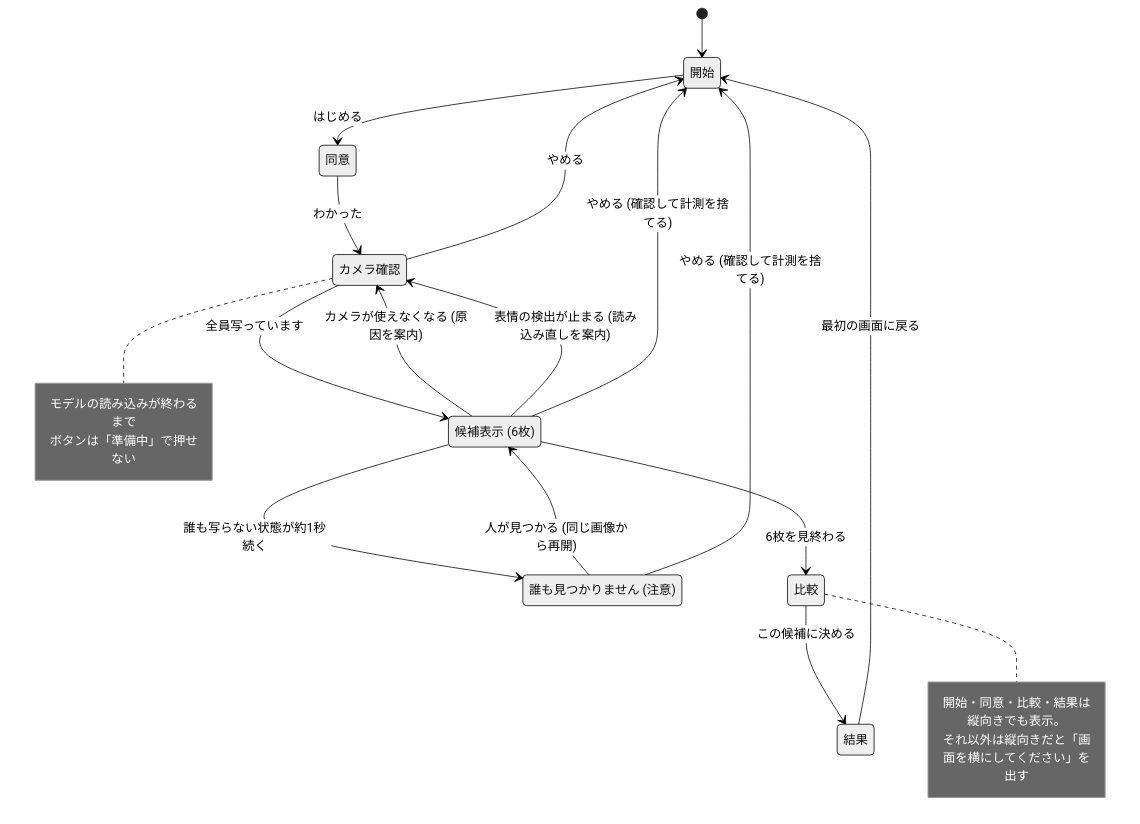
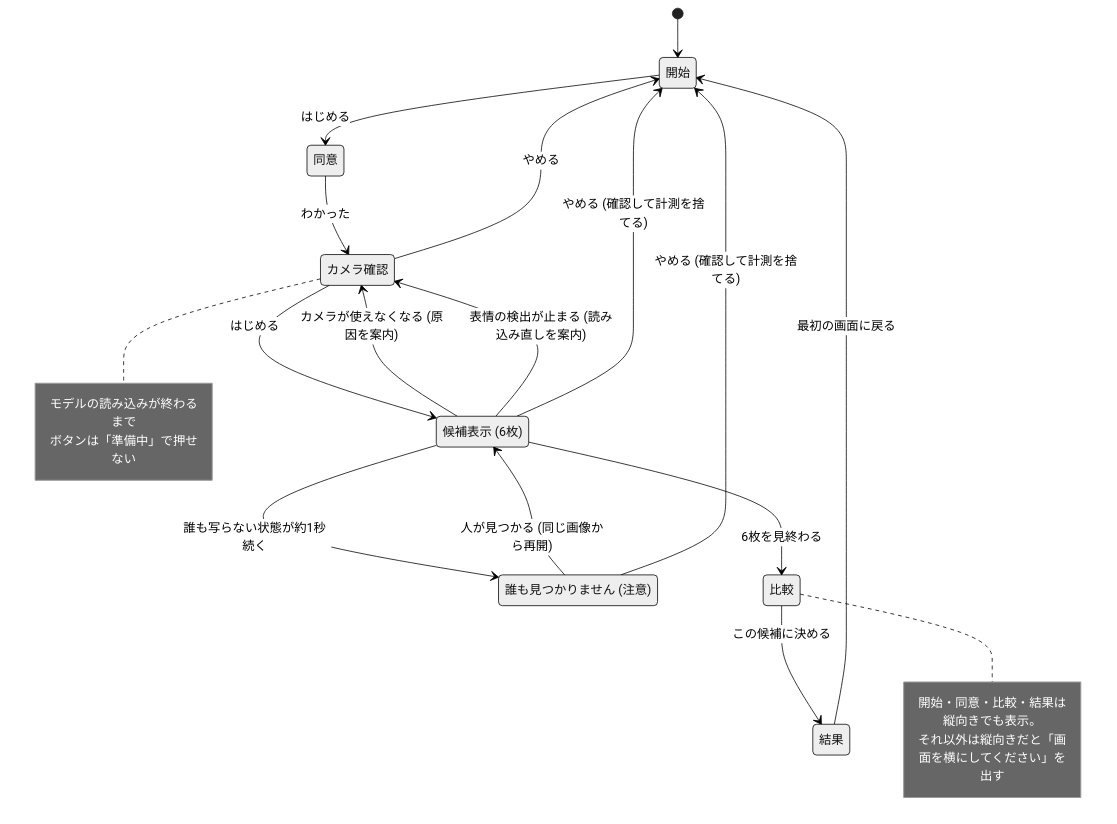
The second of 3 diagrams in README.md (l4na-git/NexTrip), drawn with Mermaid (neutral theme) before and after one commit. The commit also changed 1 other file, not shown here.

Commit message:
fix(copy): 確認画面の主ボタンを、押すと始まることが伝わる「はじめる」にする

````diff
--- a/README.md
+++ b/README.md
@@ -51,34 +51,34 @@
 ```mermaid
 stateDiagram-v2
   state "開始" as Start
   state "同意" as Consent
   state "カメラ確認" as Check
   state "候補表示 (6枚)" as Candidate
   state "誰も見つかりません (注意)" as NoFace
   state "比較" as Compare
   state "結果" as Result
 
   [*] --> Start
   Start --> Consent: はじめる
   Consent --> Check: わかった
-  Check --> Candidate: 全員写っています
+  Check --> Candidate: はじめる
   Candidate --> Compare: 6枚を見終わる
   Candidate --> NoFace: 誰も写らない状態が約1秒続く
   NoFace --> Candidate: 人が見つかる (同じ画像から再開)
   Candidate --> Check: カメラが使えなくなる (原因を案内)
   Candidate --> Check: 表情の検出が止まる (読み込み直しを案内)
   Compare --> Result: この候補に決める
   Result --> Start: 最初の画面に戻る
   Check --> Start: やめる
   Candidate --> Start: やめる (確認して計測を捨てる)
   NoFace --> Start: やめる (確認して計測を捨てる)
 
   note right of Check
     モデルの読み込みが終わるまで
     ボタンは「準備中」で押せない
   end note
   note right of Compare
     開始・同意・比較・結果は縦向きでも表示。
     それ以外は縦向きだと「画面を横にしてください」を出す
   end note
 ```
````
